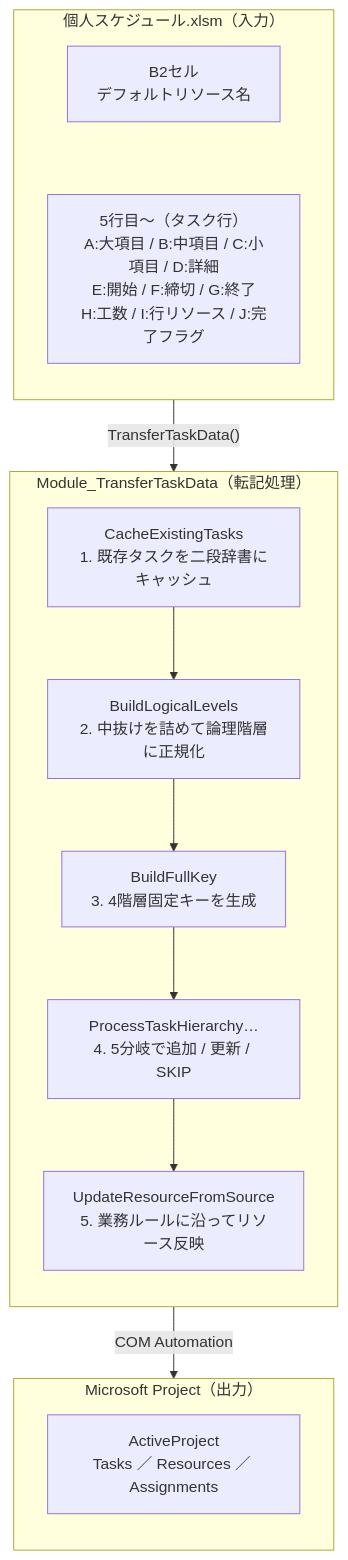
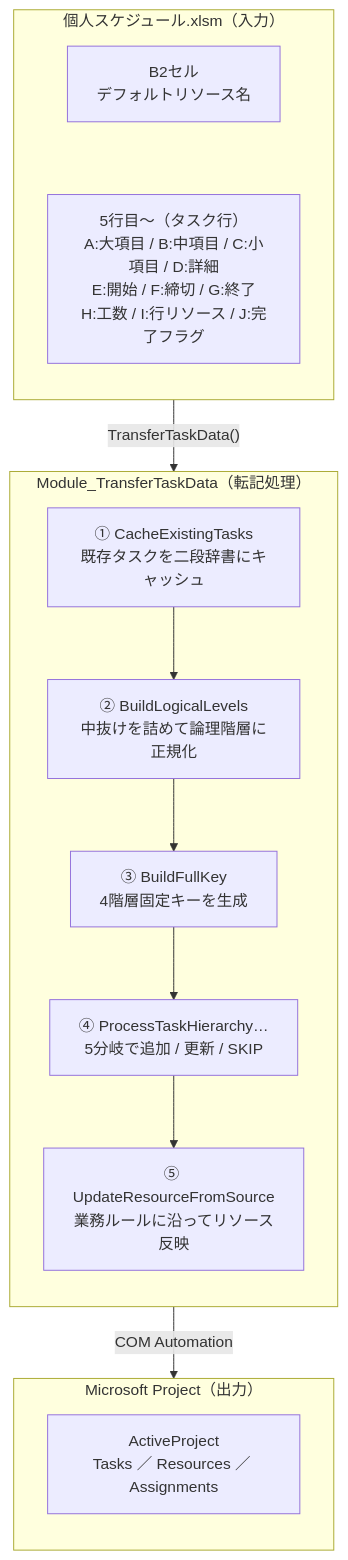
Before and after one commit to aki0178/business-system-design-portfolio: the first of 2 diagrams in 02_excel_to_project.md, drawn with Mermaid. The commit also changed other lines of this file and 1 other file, not shown here.

````diff
--- a/02_excel_to_project.md
+++ b/02_excel_to_project.md
@@ -44,27 +44,27 @@
 ```mermaid
 flowchart TB
     subgraph Excel["個人スケジュール.xlsm（入力）"]
         direction TB
         B2["B2セル<br/>デフォルトリソース名"]
         Rows["5行目〜（タスク行）<br/>A:大項目 / B:中項目 / C:小項目 / D:詳細<br/>E:開始 / F:締切 / G:終了<br/>H:工数 / I:行リソース / J:完了フラグ"]
         B2 ~~~ Rows
     end
 
     subgraph Module["Module_TransferTaskData（転記処理）"]
         direction TB
-        Cache["CacheExistingTasks<br/>1. 既存タスクを二段辞書にキャッシュ"]
-        Build["BuildLogicalLevels<br/>2. 中抜けを詰めて論理階層に正規化"]
-        Key["BuildFullKey<br/>3. 4階層固定キーを生成"]
-        Proc["ProcessTaskHierarchy…<br/>4. 5分岐で追加 / 更新 / SKIP"]
-        Upd["UpdateResourceFromSource<br/>5. 業務ルールに沿ってリソース反映"]
+        Cache["① CacheExistingTasks<br/>既存タスクを二段辞書にキャッシュ"]
+        Build["② BuildLogicalLevels<br/>中抜けを詰めて論理階層に正規化"]
+        Key["③ BuildFullKey<br/>4階層固定キーを生成"]
+        Proc["④ ProcessTaskHierarchy…<br/>5分岐で追加 / 更新 / SKIP"]
+        Upd["⑤ UpdateResourceFromSource<br/>業務ルールに沿ってリソース反映"]
         Cache --> Build --> Key --> Proc --> Upd
     end
 
     subgraph Project["Microsoft Project（出力）"]
         direction TB
         Items["ActiveProject<br/>Tasks ／ Resources ／ Assignments"]
     end
 
     Excel -- "TransferTaskData()" --> Module
     Module -- "COM Automation" --> Project
 ```
````
